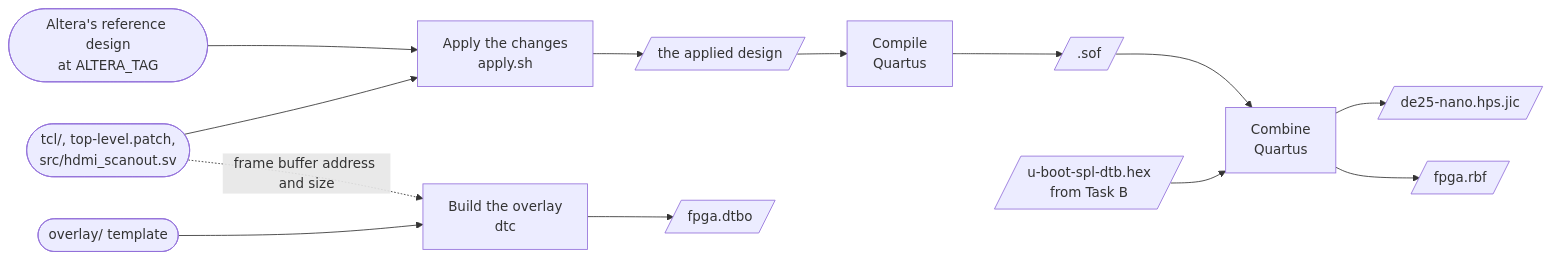
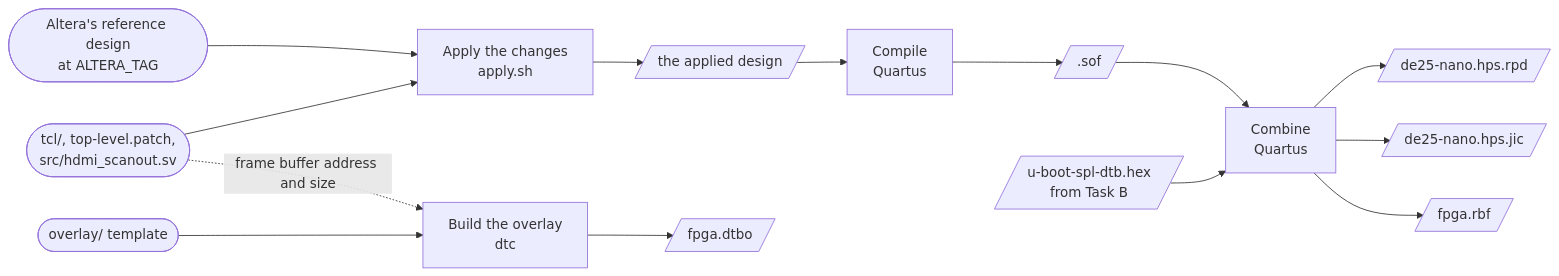
The diagram in fpga/README.md (jclark/de25-nano-debian), drawn with Mermaid before and after one commit. The commit also changed other lines of this file and 18 other files, not shown here.

````diff
--- a/fpga/README.md
+++ b/fpga/README.md
@@ -3,11 +3,12 @@
 ```mermaid
 flowchart LR
   a0(["Altera's reference design<br/>at ALTERA_TAG"]) --> ap["Apply the changes<br/>apply.sh"]
   s1(["tcl/, top-level.patch,<br/>src/hdmi_scanout.sv"]) --> ap
   ap --> d[/"the applied design"/] --> q["Compile<br/>Quartus"] --> sof[/".sof"/] --> pfg["Combine<br/>Quartus"]
   spl[/"u-boot-spl-dtb.hex<br/>from Task B"/] --> pfg
+  pfg --> rpd[/"de25-nano.hps.rpd"/]
   pfg --> jic[/"de25-nano.hps.jic"/]
   pfg --> rbf[/"fpga.rbf"/]
   s2(["overlay/ template"]) --> dtc["Build the overlay<br/>dtc"] --> dtbo[/"fpga.dtbo"/]
   s1 -. "frame buffer address and size" .-> dtc
 ```
````
